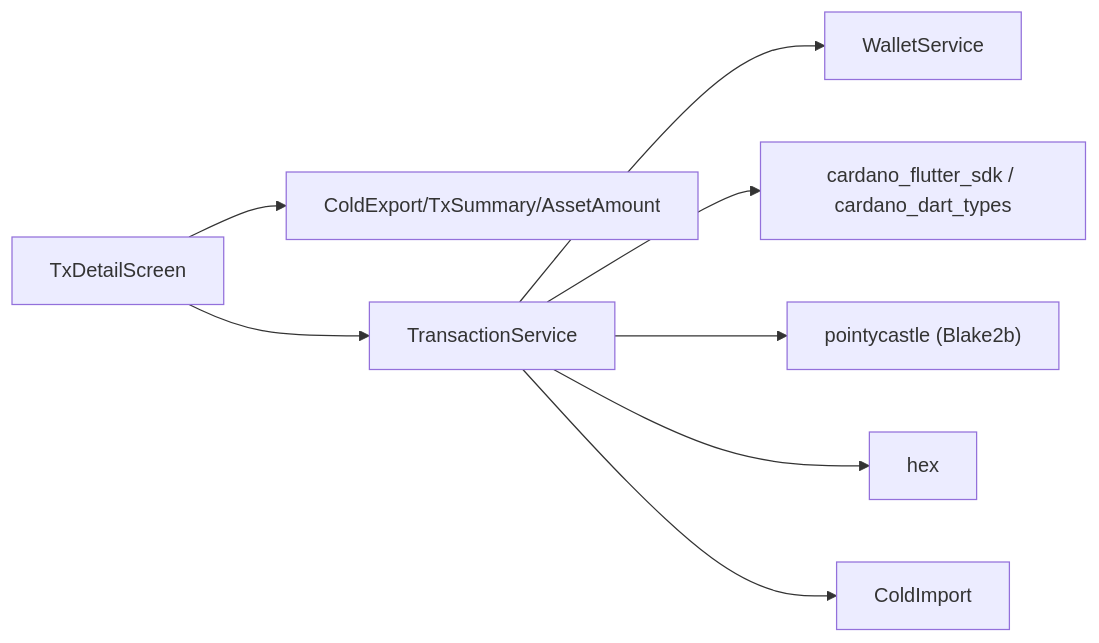
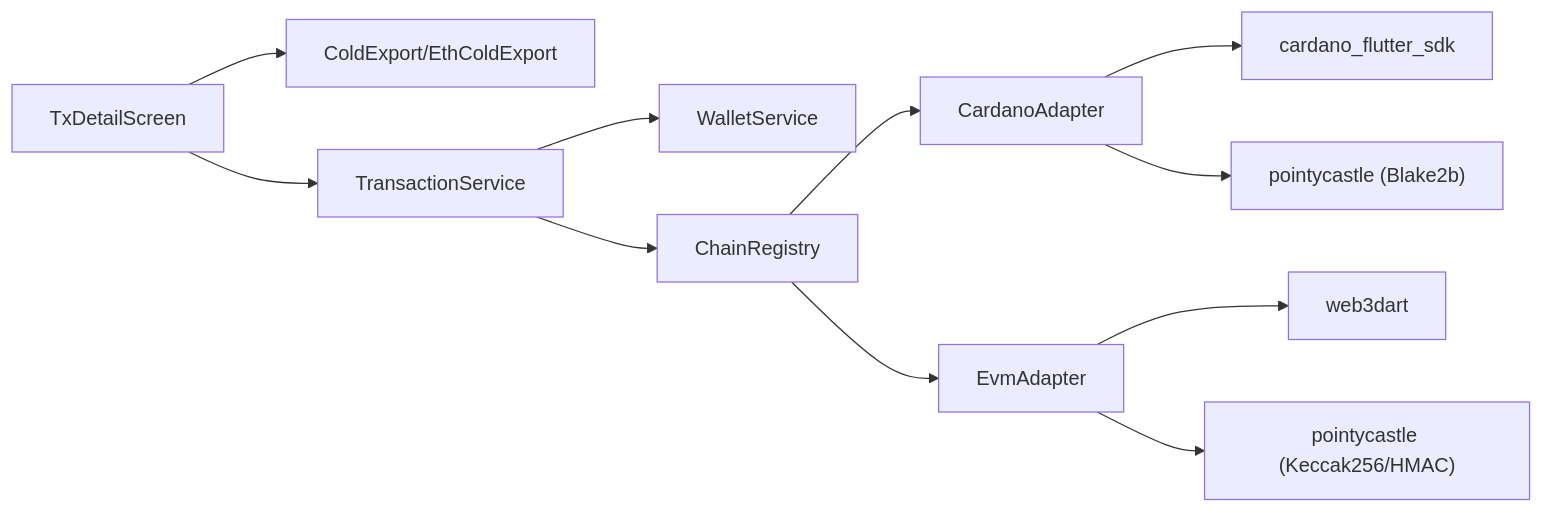
One commit to EqualToEthan/stasis changed the sixth of 6 diagrams in .qoder/repowiki/zh/content/用户界面/冷钱包App界面/交易详情界面.md. Above: the diagram before and after it, drawn with Mermaid. The commit also changed other lines of this file and 40 other files, not shown here.

````diff
--- a/.qoder/repowiki/zh/content/用户界面/冷钱包App界面/交易详情界面.md
+++ b/.qoder/repowiki/zh/content/用户界面/冷钱包App界面/交易详情界面.md
@@ -280,10 +353,13 @@
 ```mermaid
 graph LR
-A["TxDetailScreen"] --> B["ColdExport/TxSummary/AssetAmount"]
+A["TxDetailScreen"] --> B["ColdExport/EthColdExport"]
 A --> C["TransactionService"]
 C --> D["WalletService"]
-C --> E["cardano_flutter_sdk / cardano_dart_types"]
-C --> F["pointycastle (Blake2b)"]
-C --> G["hex"]
-C --> H["ColdImport"]
+C --> E["ChainRegistry"]
+E --> F["CardanoAdapter"]
+E --> G["EvmAdapter"]
+F --> H["cardano_flutter_sdk"]
+G --> I["web3dart"]
+F --> J["pointycastle (Blake2b)"]
+G --> K["pointycastle (Keccak256/HMAC)"]
 ```
````
